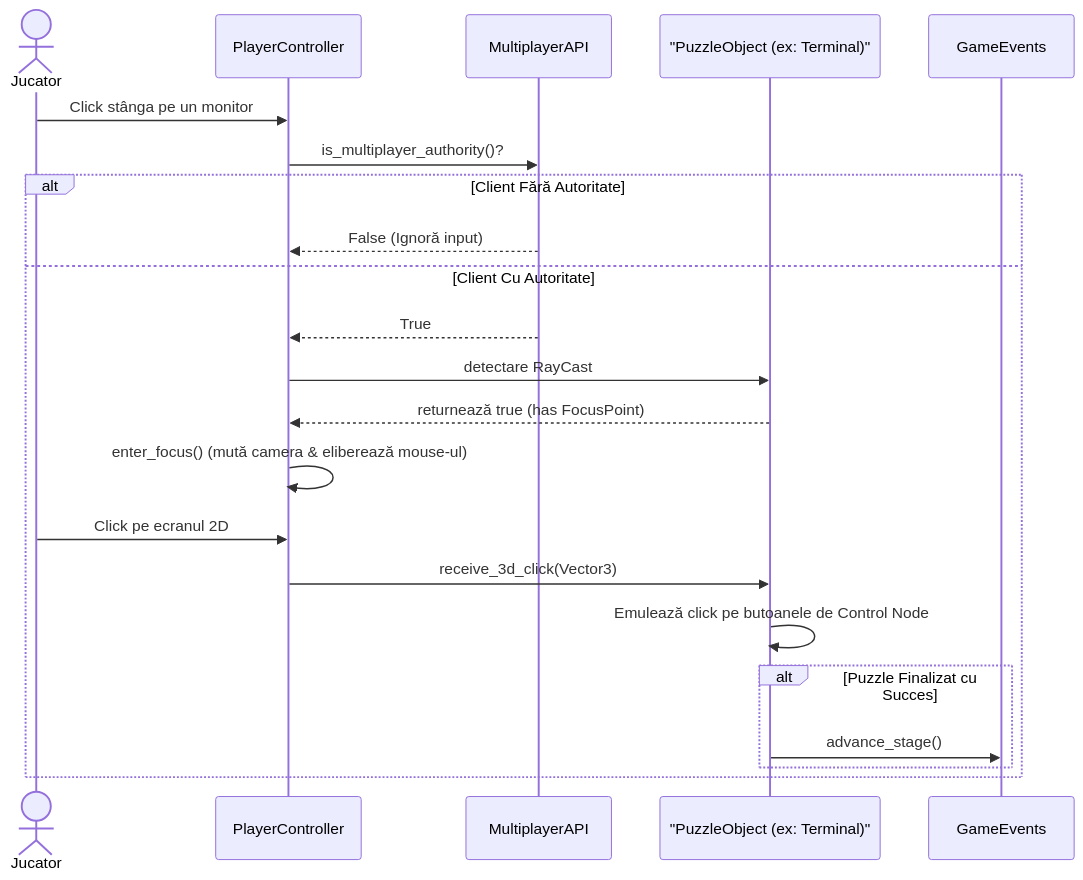
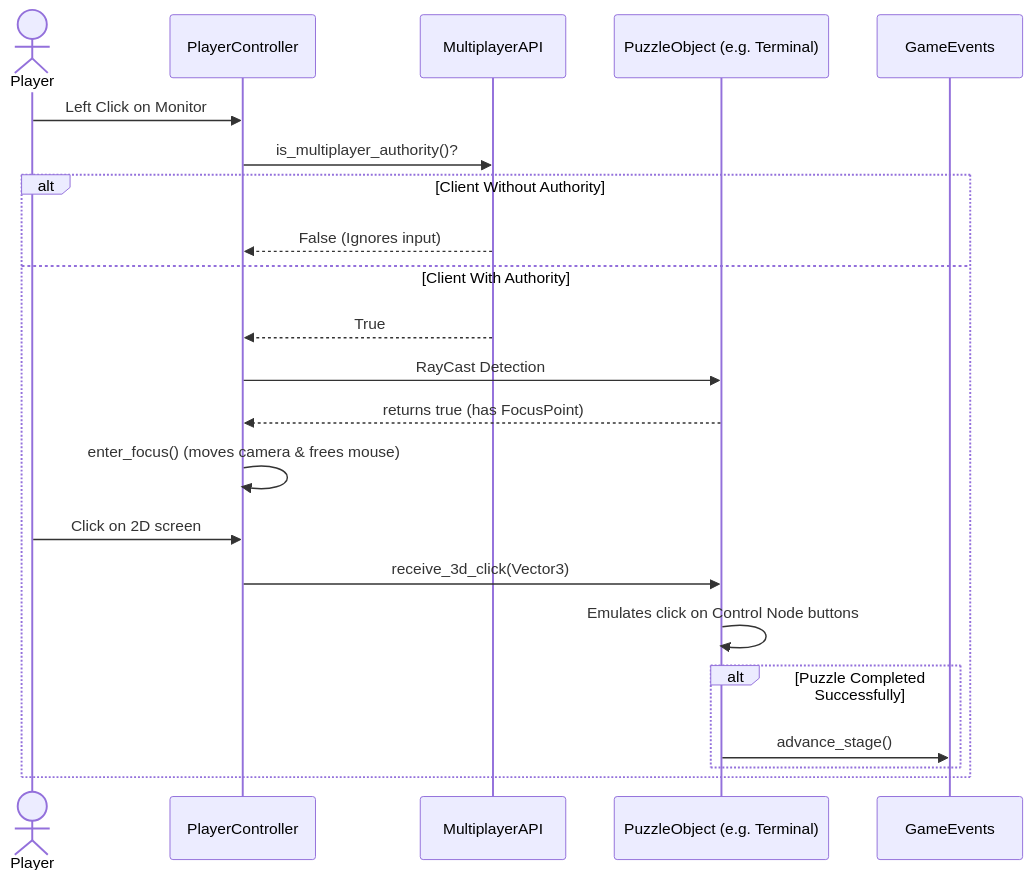
One commit to neica200/Echo-Chamber-Coop changed the third of 10 diagrams in diagrame_arhitectura.md. Above: the diagram before and after it, drawn with Mermaid. The commit also changed other lines of this file, not shown here.

Commit message:
update diagrams

````diff
--- a/diagrame_arhitectura.md
+++ b/diagrame_arhitectura.md
@@ -111,28 +108,28 @@
 ```mermaid
 sequenceDiagram
-    actor Jucator
+    actor Player
     participant PlayerController
     participant MultiplayerAPI
-    participant PuzzleObject as "PuzzleObject (ex: Terminal)"
+    participant PuzzleObject as PuzzleObject (e.g. Terminal)
     participant GameEvents
 
-    Jucator->>PlayerController: Click stânga pe un monitor
+    Player->>PlayerController: Left Click on Monitor
     PlayerController->>MultiplayerAPI: is_multiplayer_authority()?
     
-    alt Client Fără Autoritate
-        MultiplayerAPI-->>PlayerController: False (Ignoră input)
-    else Client Cu Autoritate
+    alt Client Without Authority
+        MultiplayerAPI-->>PlayerController: False (Ignores input)
+    else Client With Authority
         MultiplayerAPI-->>PlayerController: True
-        PlayerController->>PuzzleObject: detectare RayCast
-        PuzzleObject-->>PlayerController: returnează true (has FocusPoint)
-        PlayerController->>PlayerController: enter_focus() (mută camera & eliberează mouse-ul)
+        PlayerController->>PuzzleObject: RayCast Detection
+        PuzzleObject-->>PlayerController: returns true (has FocusPoint)
+        PlayerController->>PlayerController: enter_focus() (moves camera & frees mouse)
         
-        Jucator->>PlayerController: Click pe ecranul 2D
+        Player->>PlayerController: Click on 2D screen
         PlayerController->>PuzzleObject: receive_3d_click(Vector3)
-        PuzzleObject->>PuzzleObject: Emulează click pe butoanele de Control Node
+        PuzzleObject->>PuzzleObject: Emulates click on Control Node buttons
         
-        alt Puzzle Finalizat cu Succes
+        alt Puzzle Completed Successfully
             PuzzleObject->>GameEvents: advance_stage()
         end
     end
 ```
````
